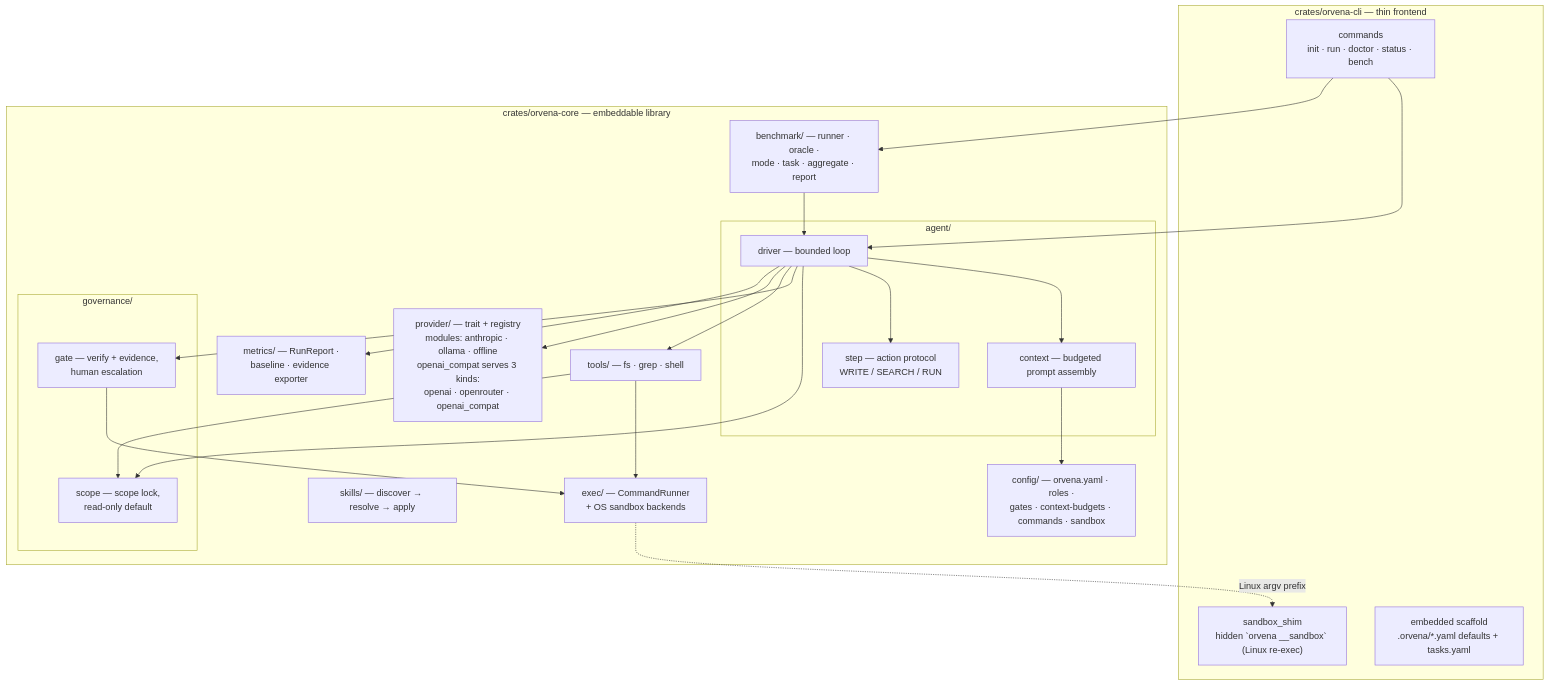
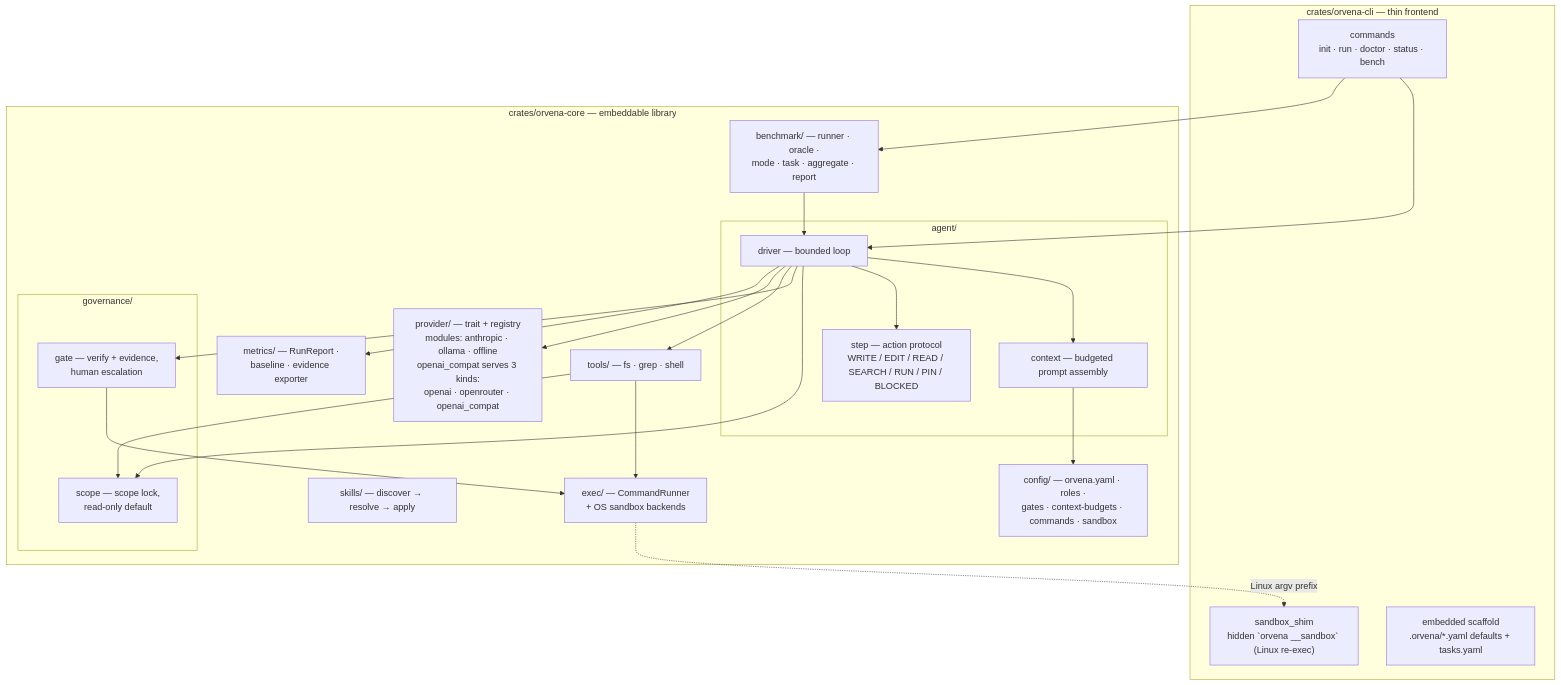
Before and after one commit to williamlabdev/Orvena: the first of 2 diagrams in docs/ARCHITECTURE.md, drawn with Mermaid. The commit also changed other lines of this file and 14 other files, not shown here.

````diff
--- a/docs/ARCHITECTURE.md
+++ b/docs/ARCHITECTURE.md
@@ -23,37 +23,37 @@
 ```mermaid
 flowchart TB
   subgraph cli["crates/orvena-cli — thin frontend"]
     CMD["commands<br/>init · run · doctor · status · bench"]
     SHIM["sandbox_shim<br/>hidden `orvena __sandbox` (Linux re-exec)"]
     SCAF["embedded scaffold<br/>.orvena/*.yaml defaults + tasks.yaml"]
   end
 
   subgraph core["crates/orvena-core — embeddable library"]
     subgraph loop_["agent/"]
       DRV["driver — bounded loop"]
       CTX["context — budgeted prompt assembly"]
-      STEP["step — action protocol<br/>WRITE / SEARCH / RUN"]
+      STEP["step — action protocol<br/>WRITE / EDIT / READ / SEARCH / RUN / PIN / BLOCKED"]
     end
     subgraph gov["governance/"]
       SCOPE["scope — scope lock,<br/>read-only default"]
       GATE["gate — verify + evidence,<br/>human escalation"]
     end
     TOOLS["tools/ — fs · grep · shell"]
     EXEC["exec/ — CommandRunner<br/>+ OS sandbox backends"]
     PROV["provider/ — trait + registry<br/>modules: anthropic · ollama · offline<br/>openai_compat serves 3 kinds:<br/>openai · openrouter · openai_compat"]
     CFG["config/ — orvena.yaml · roles ·<br/>gates · context-budgets · commands · sandbox"]
     MET["metrics/ — RunReport ·<br/>baseline · evidence exporter"]
     SKILL["skills/ — discover → resolve → apply"]
     BENCH["benchmark/ — runner · oracle ·<br/>mode · task · aggregate · report"]
   end
 
   CMD --> DRV
   DRV --> CTX & STEP & SCOPE & GATE & TOOLS & PROV & MET
   CTX --> CFG
   TOOLS --> SCOPE
   TOOLS --> EXEC
   GATE --> EXEC
   EXEC -.->|"Linux argv prefix"| SHIM
   BENCH --> DRV
   CMD --> BENCH
 ```
````
